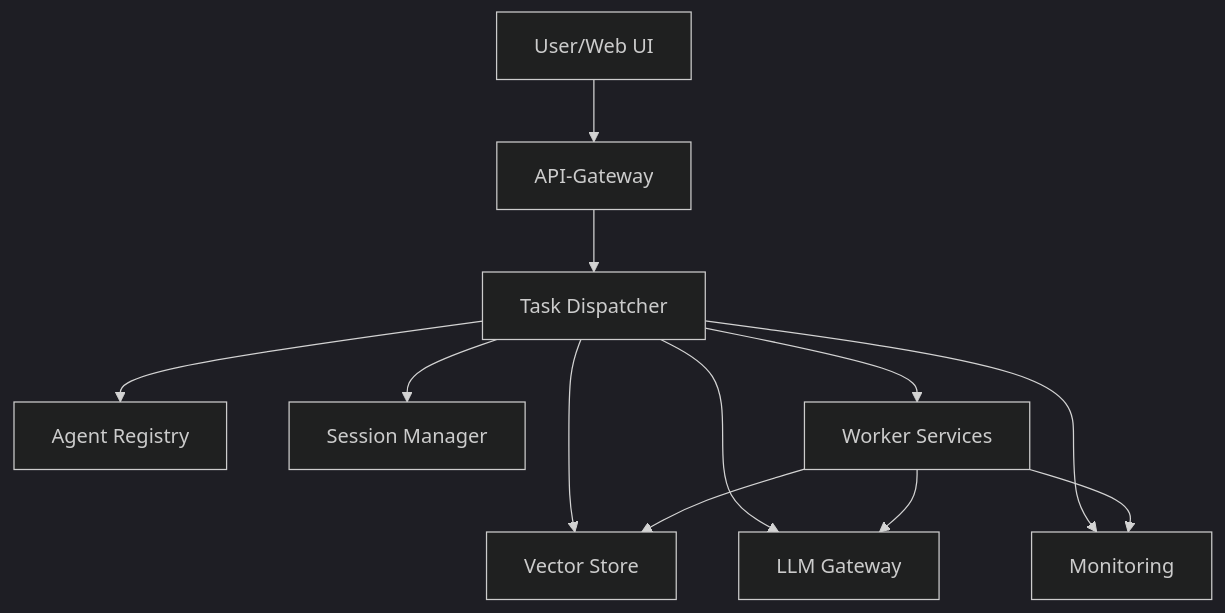
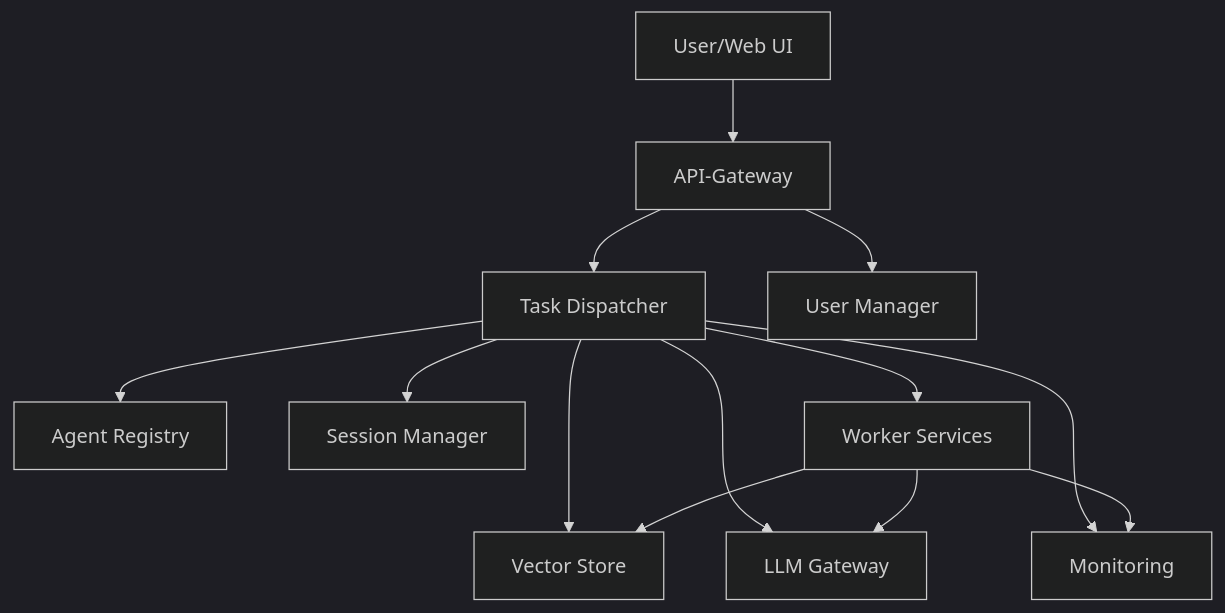
Before and after one commit to Modularium/Agent-NN: the diagram in README.md, drawn with Mermaid (dark theme). The commit also changed other lines of this file and 17 other files, not shown here.

Commit message:
Add user manager service

````diff
--- a/README.md
+++ b/README.md
@@ -14,14 +14,15 @@
 ```mermaid
 graph TD
     U[User/Web UI] --> G[API-Gateway]
     G --> D[Task Dispatcher]
+    G --> UM[User Manager]
     D --> R[Agent Registry]
     D --> S[Session Manager]
     D --> W[Worker Services]
     D --> V[Vector Store]
     D --> L[LLM Gateway]
     W --> V
     W --> L
     D --> M[Monitoring]
     W --> M
 ```
````
